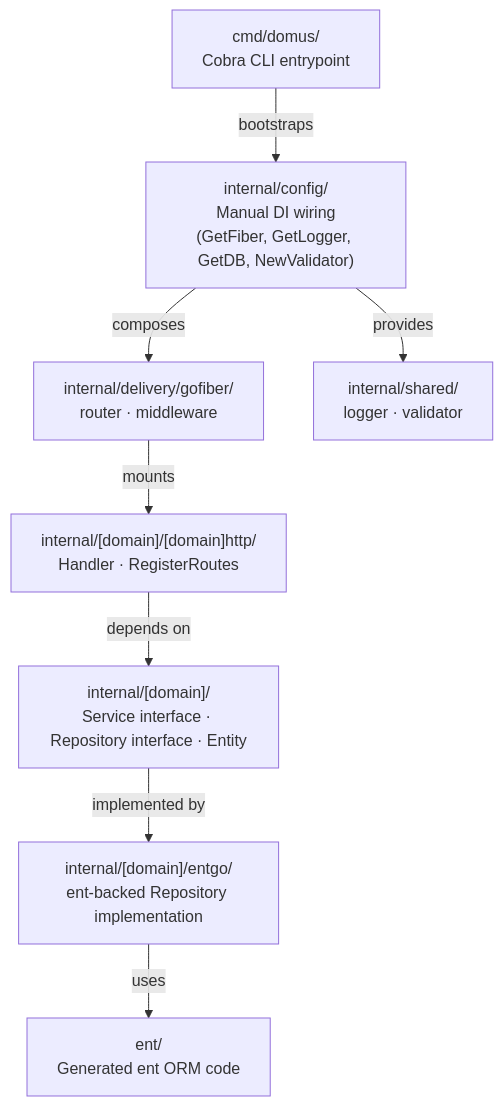
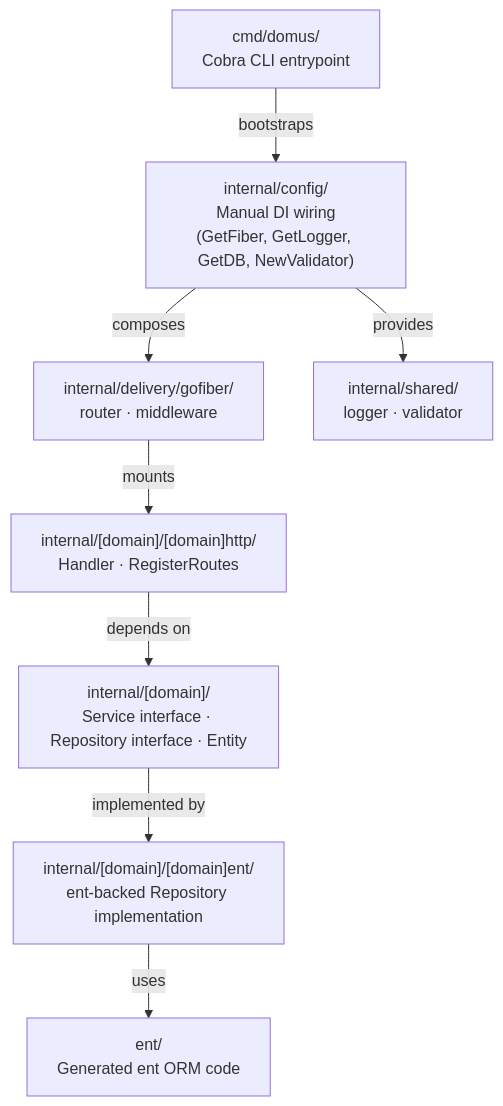
Before and after one commit to paroki/domus: the diagram in docs/ADR/ADR-002-backend-architecture.md, drawn with Mermaid. The commit also changed other lines of this file, not shown here.

Commit message:
docs(api): rename entgo subfolder to [domain]ent in ADR-002

````diff
--- a/docs/ADR/ADR-002-backend-architecture.md
+++ b/docs/ADR/ADR-002-backend-architecture.md
@@ -43,26 +43,26 @@
 ```mermaid
 flowchart TD
     CMD["cmd/domus/<br/>Cobra CLI entrypoint"]
     
     CFG["internal/config/<br/>Manual DI wiring<br/>(GetFiber, GetLogger, GetDB, NewValidator)"]
     
     GOFIBER["internal/delivery/gofiber/<br/>router · middleware"]
     
     SHARED["internal/shared/<br/>logger · validator"]
     
     D_HTTP["internal/[domain]/[domain]http/<br/>Handler · RegisterRoutes"]
     
     D_CORE["internal/[domain]/<br/>Service interface · Repository interface · Entity"]
     
-    D_ENT["internal/[domain]/entgo/<br/>ent-backed Repository implementation"]
+    D_ENT["internal/[domain]/[domain]ent/<br/>ent-backed Repository implementation"]
     
     ENT["ent/<br/>Generated ent ORM code"]
 
     CMD -- "bootstraps" --> CFG
     CFG -- "composes" --> GOFIBER
     CFG -- "provides" --> SHARED
     GOFIBER -- "mounts" --> D_HTTP
     D_HTTP -- "depends on" --> D_CORE
     D_CORE -- "implemented by" --> D_ENT
     D_ENT -- "uses" --> ENT
 ```
````
